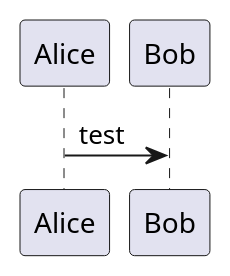
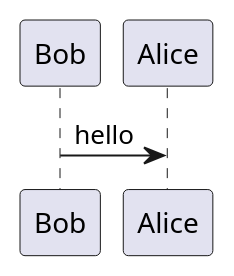
Before and after one commit to TelecomDep/notes: the first of 2 diagrams in docs/source/DataBase/introduction.md, drawn with PlantUML. The commit also changed other lines of this file, not shown here.

Commit message:
test plantuml

````diff
--- a/docs/source/DataBase/introduction.md
+++ b/docs/source/DataBase/introduction.md
@@ -16,3 +14,3 @@
-    @startuml
-    Alice -> Bob: test
-    @enduml
+```plantuml
+Bob -> Alice : hello
+```
````
